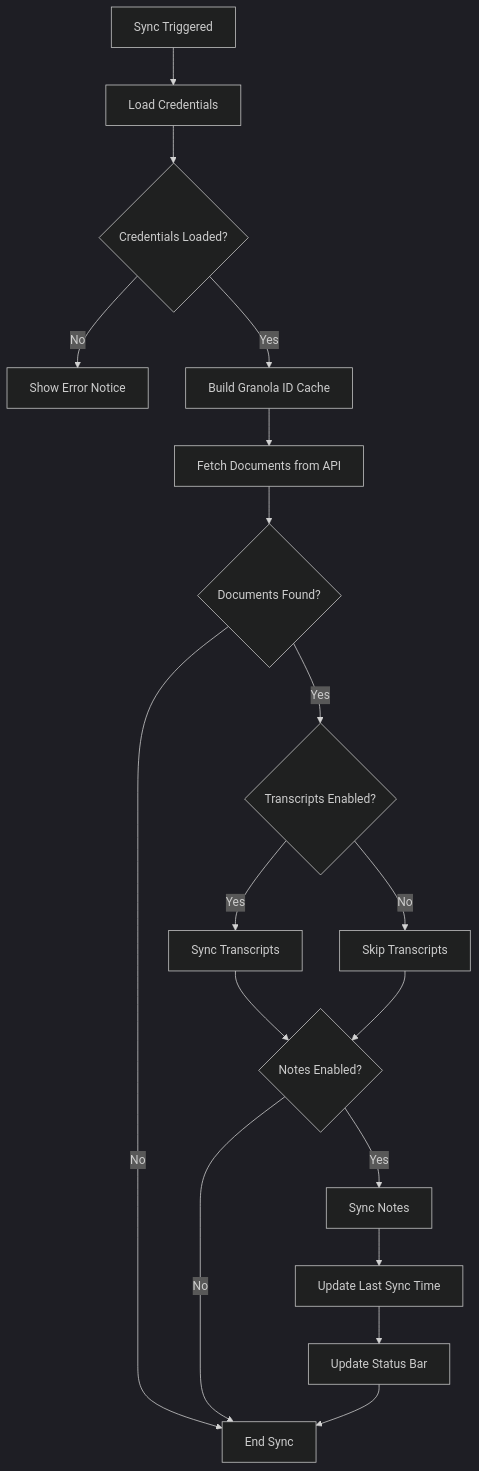
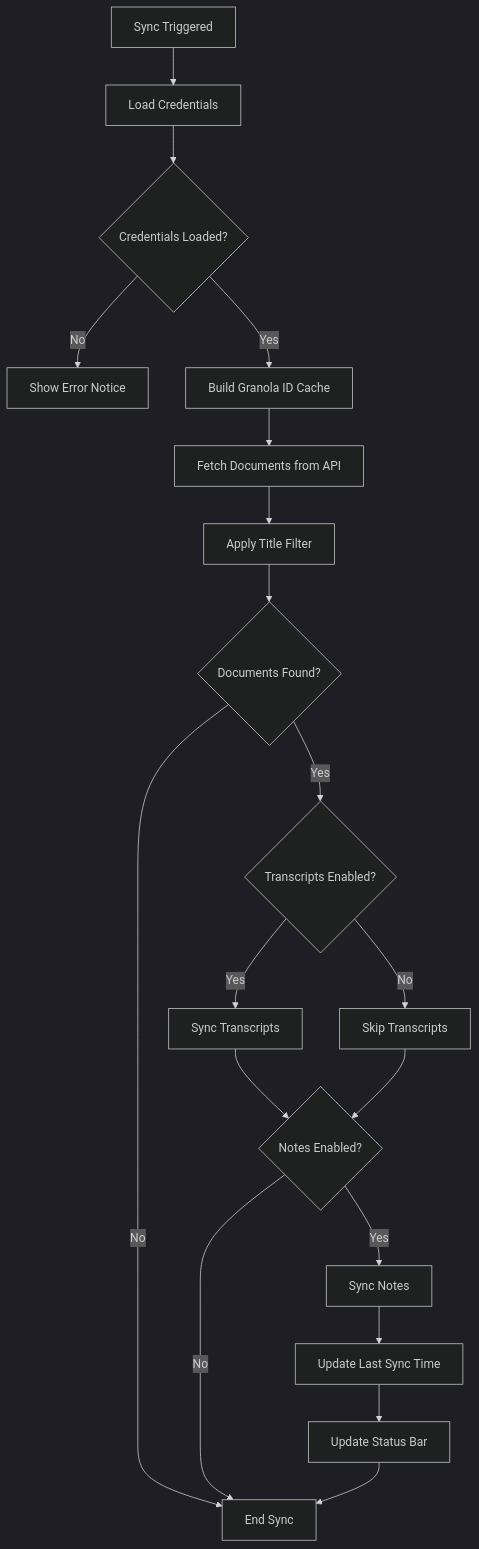
Before and after one commit to tomelliot/obsidian-granola-sync: the first of 7 diagrams in docs/sync-process.md, drawn with Mermaid (dark theme). The commit also changed other lines of this file, not shown here.

````diff
--- a/docs/sync-process.md
+++ b/docs/sync-process.md
@@ -11,20 +11,21 @@
 ```mermaid
 flowchart TD
     A[Sync Triggered] --> B[Load Credentials]
     B --> C{Credentials Loaded?}
     C -->|No| D[Show Error Notice]
     C -->|Yes| E[Build Granola ID Cache]
     E --> F[Fetch Documents from API]
-    F --> G{Documents Found?}
+    F --> FA[Apply Title Filter]
+    FA --> G{Documents Found?}
     G -->|No| H[End Sync]
     G -->|Yes| I{Transcripts Enabled?}
     I -->|Yes| J[Sync Transcripts]
     I -->|No| K[Skip Transcripts]
     J --> L{Notes Enabled?}
     K --> L
     L -->|Yes| M[Sync Notes]
     L -->|No| H
     M --> O[Update Last Sync Time]
     O --> P[Update Status Bar]
     P --> H
 ```
````
